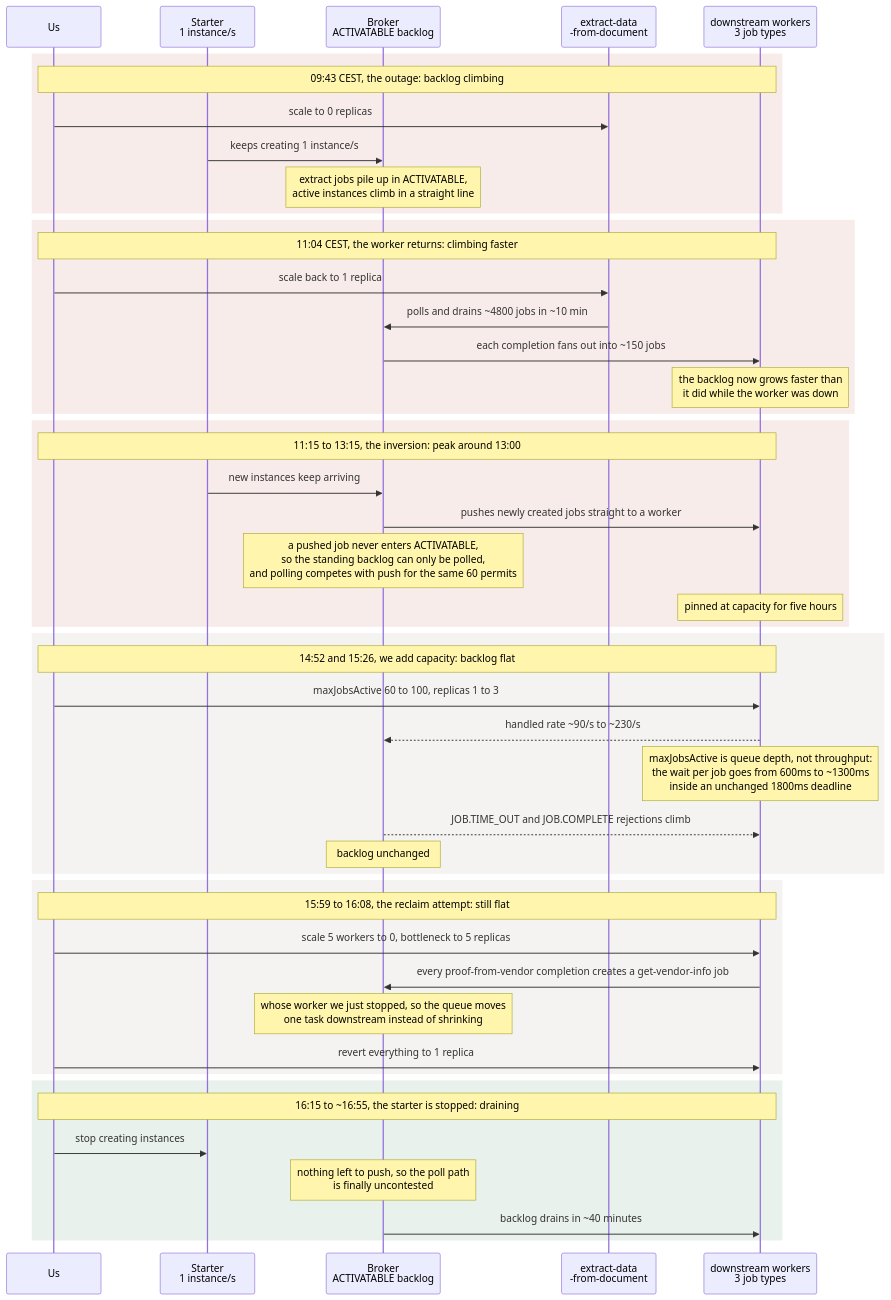
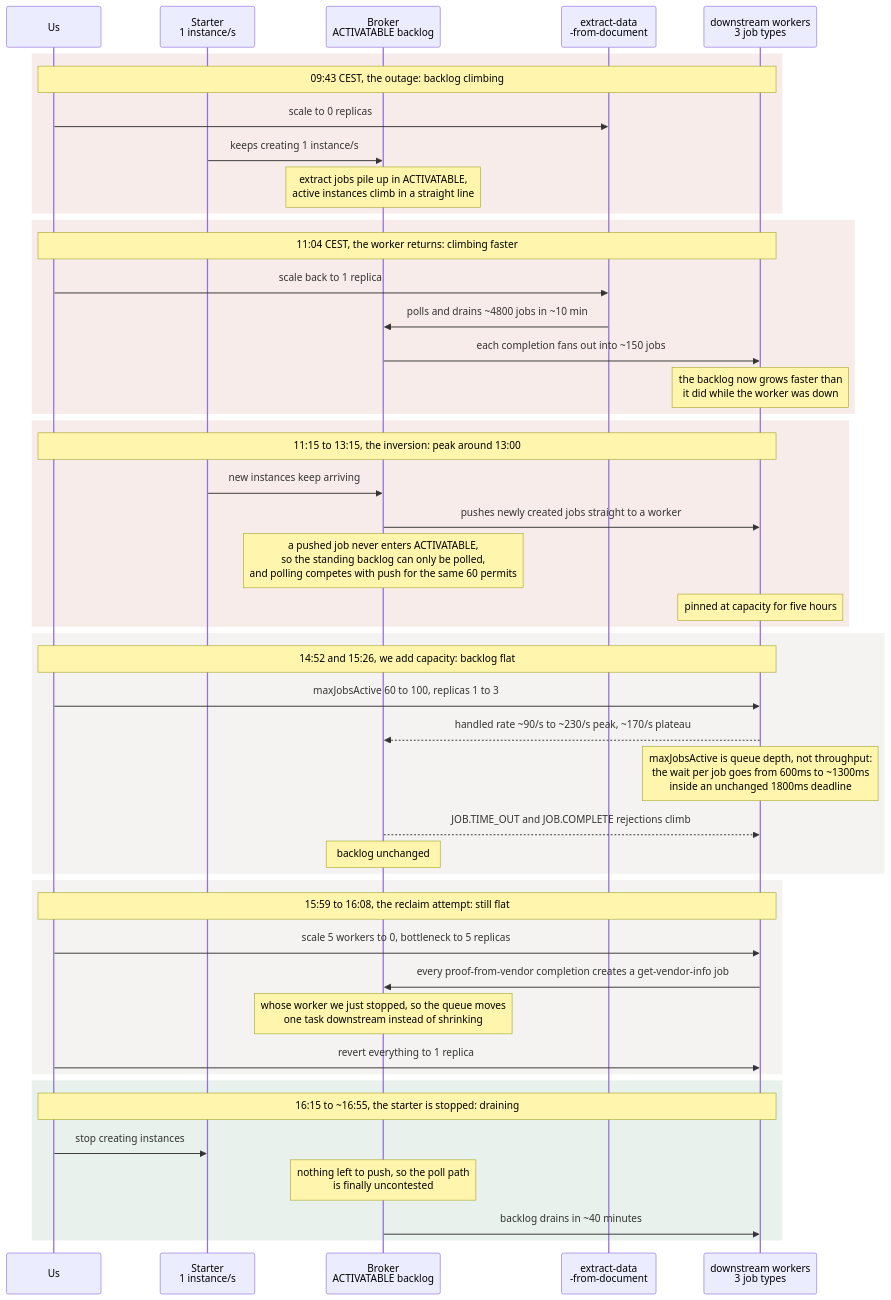
Before and after one commit to camunda/zeebe-chaos: the second of 2 diagrams in chaos-days/blog/2026-08-06-worker-downtime-throughput-recovery/index.md, drawn with Mermaid. The commit also changed other lines of this file, not shown here.

````diff
--- a/chaos-days/blog/2026-08-06-worker-downtime-throughput-recovery/index.md
+++ b/chaos-days/blog/2026-08-06-worker-downtime-throughput-recovery/index.md
@@ -290,55 +289,55 @@
 ```mermaid
 sequenceDiagram
     participant U as Us
     participant St as Starter<br/>1 instance/s
     participant B as Broker<br/>ACTIVATABLE backlog
     participant E as extract-data<br/>-from-document
     participant D as downstream workers<br/>3 job types
 
     rect rgb(186, 72, 52, 0.10)
     Note over U,D: 09:43 CEST, the outage: backlog climbing
     U->>E: scale to 0 replicas
     St->>B: keeps creating 1 instance/s
     Note over B: extract jobs pile up in ACTIVATABLE,<br/>active instances climb in a straight line
     end
 
     rect rgb(186, 72, 52, 0.10)
     Note over U,D: 11:04 CEST, the worker returns: climbing faster
     U->>E: scale back to 1 replica
     E->>B: polls and drains ~4800 jobs in ~10 min
     B->>D: each completion fans out into ~150 jobs
     Note over D: the backlog now grows faster than<br/>it did while the worker was down
     end
 
     rect rgb(186, 72, 52, 0.10)
     Note over U,D: 11:15 to 13:15, the inversion: peak around 13:00
     St->>B: new instances keep arriving
     B->>D: pushes newly created jobs straight to a worker
     Note over B: a pushed job never enters ACTIVATABLE,<br/>so the standing backlog can only be polled,<br/>and polling competes with push for the same 60 permits
     Note over D: pinned at capacity for five hours
     end
 
     rect rgb(148, 142, 120, 0.10)
     Note over U,D: 14:52 and 15:26, we add capacity: backlog flat
     U->>D: maxJobsActive 60 to 100, replicas 1 to 3
-    D-->>B: handled rate ~90/s to ~230/s
+    D-->>B: handled rate ~90/s to ~230/s peak, ~170/s plateau
     Note over D: maxJobsActive is queue depth, not throughput:<br/>the wait per job goes from 600ms to ~1300ms<br/>inside an unchanged 1800ms deadline
     B-->>D: JOB.TIME_OUT and JOB.COMPLETE rejections climb
     Note over B: backlog unchanged
     end
 
     rect rgb(148, 142, 120, 0.10)
     Note over U,D: 15:59 to 16:08, the reclaim attempt: still flat
     U->>D: scale 5 workers to 0, bottleneck to 5 replicas
     D->>B: every proof-from-vendor completion creates a get-vendor-info job
     Note over B: whose worker we just stopped, so the queue moves<br/>one task downstream instead of shrinking
     U->>D: revert everything to 1 replica
     end
 
     rect rgb(64, 140, 96, 0.12)
     Note over U,D: 16:15 to ~16:55, the starter is stopped: draining
     U->>St: stop creating instances
     Note over B: nothing left to push, so the poll path<br/>is finally uncontested
     B->>D: backlog drains in ~40 minutes
     end
 ```
````
